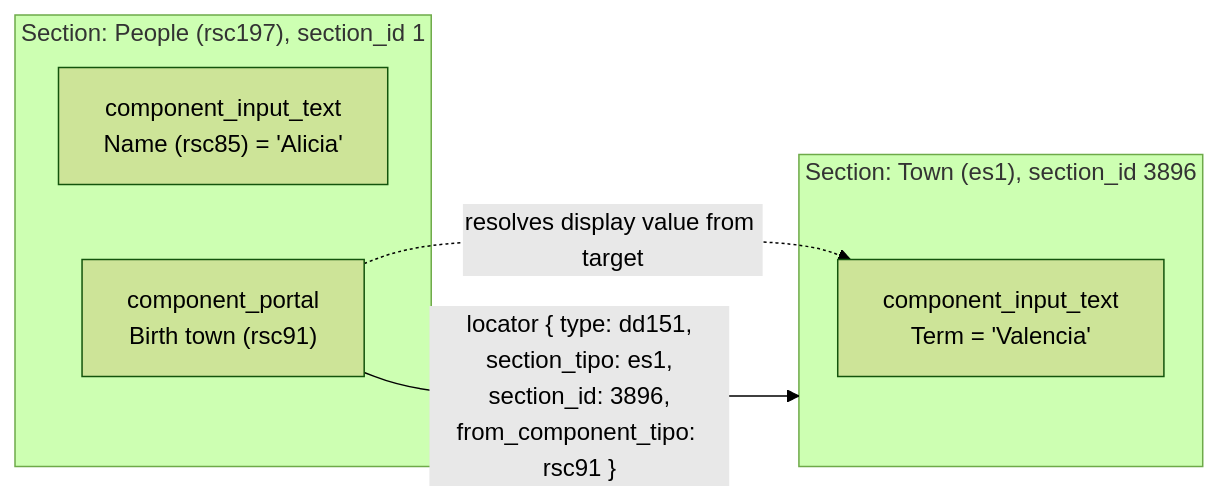
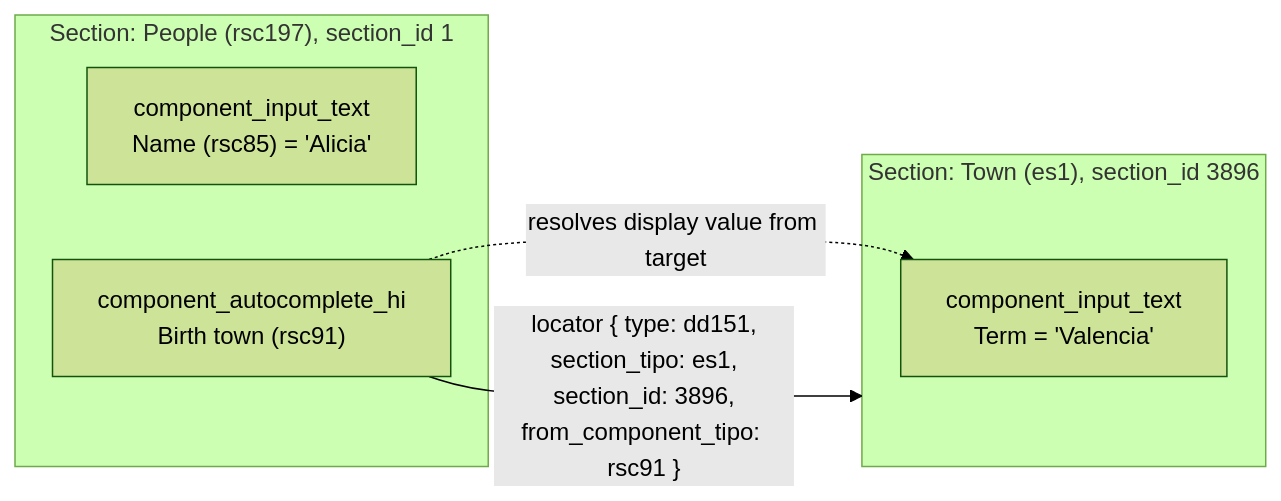
Before and after one commit to renderpci/dedalo: the fifth of 6 diagrams in docs/core/architecture_overview.md, drawn with Mermaid (forest theme). The commit also changed other lines of this file and 3 other files, not shown here.

````diff
--- a/docs/core/architecture_overview.md
+++ b/docs/core/architecture_overview.md
@@ -368,12 +380,12 @@
 ```mermaid
 flowchart LR
     subgraph People["Section: People (rsc197), section_id 1"]
         Name["component_input_text<br/>Name (rsc85) = 'Alicia'"]
-        Birth["component_portal<br/>Birth town (rsc91)"]
+        Birth["component_autocomplete_hi<br/>Birth town (rsc91)"]
     end
     subgraph Town["Section: Town (es1), section_id 3896"]
         Term["component_input_text<br/>Term = 'Valencia'"]
     end
     Birth -->|"locator { type: dd151,<br/>section_tipo: es1,<br/>section_id: 3896,<br/>from_component_tipo: rsc91 }"| Town
     Birth -.->|"resolves display value from target"| Term
 ```
````
